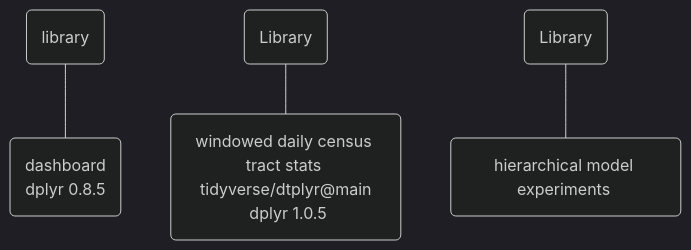
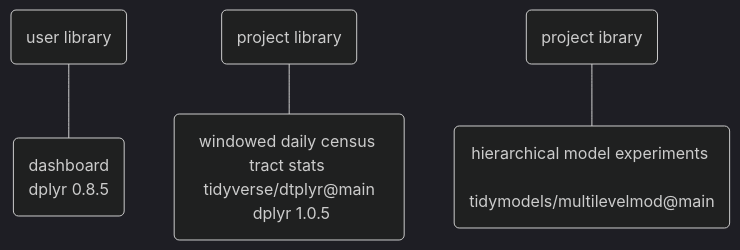
The fourth of 5 diagrams in index.qmd (edavidaja/you-should-use-renv), drawn with Mermaid before and after one commit. The commit also changed other lines of this file, not shown here.

Commit message:
save mermaids

````diff
--- a/index.qmd
+++ b/index.qmd
@@ -238,13 +232,14 @@
 ```{mermaid}
+%%| fig-width: 1000px
 %%{init: {"theme": "dark" } }%%
 graph
 L --- P1
 L2 --- P2
 L3 --- P3
-L(library)
-L2(Library)
-L3(Library)
+L(user library)
+L2(project library)
+L3(project ibrary)
 P1(dashboard <br/> dplyr 0.8.5)
 P2("windowed daily census tract stats <br/> tidyverse/dtplyr@main <br/> dplyr 1.0.5")
-P3("hierarchical model experiments <br/> ")
+P3("hierarchical model experiments <br/> tidymodels/multilevelmod@main")
 ```
````
